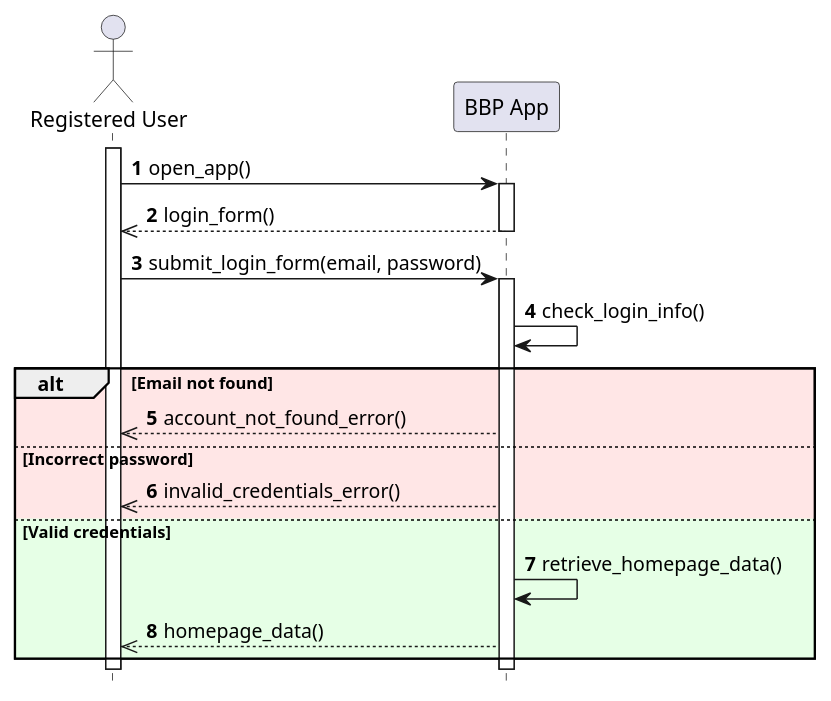
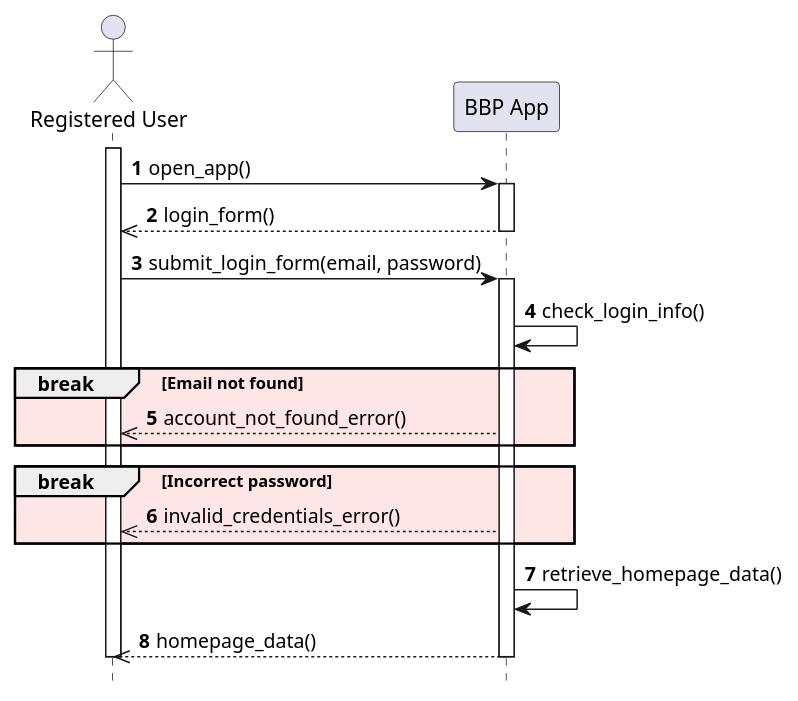
The diagram in diagrams/RASD/sequence diagram/UC2_sequence_diagram.puml (Guflie/PoliMi-SWE2-RDD-project), drawn with PlantUML before and after one commit. The commit also changed 19 other files, not shown here.

```diff
--- a/diagrams/RASD/sequence diagram/UC2_sequence_diagram.puml
+++ b/diagrams/RASD/sequence diagram/UC2_sequence_diagram.puml
@@ -1,34 +1,34 @@
 @startuml uc2_sequence_diagram
 hide footbox
 
 actor "Registered User" as User
 participant "BBP App" as App
 
 autonumber
 
 activate User
 
 User -> App : open_app()
 activate App
 App -->> User : login_form()
 deactivate App
 
 User -> App : submit_login_form(email, password)
 activate App
 
 App -> App : check_login_info()
 
-alt #ffe6e6 Email not found
+break #ffe6e6 Email not found
     App -->> User : account_not_found_error()
+end
 
-else #ffe6e6 Incorrect password
+break #ffe6e6 Incorrect password
     App -->> User : invalid_credentials_error()
+end
 
-else #e6ffe6 Valid credentials
-    App -> App : retrieve_homepage_data()
-    App -->> User : homepage_data()
-end
+App -> App : retrieve_homepage_data()
+App -->> User : homepage_data()
 
 deactivate App
 deactivate User
 @enduml
```
